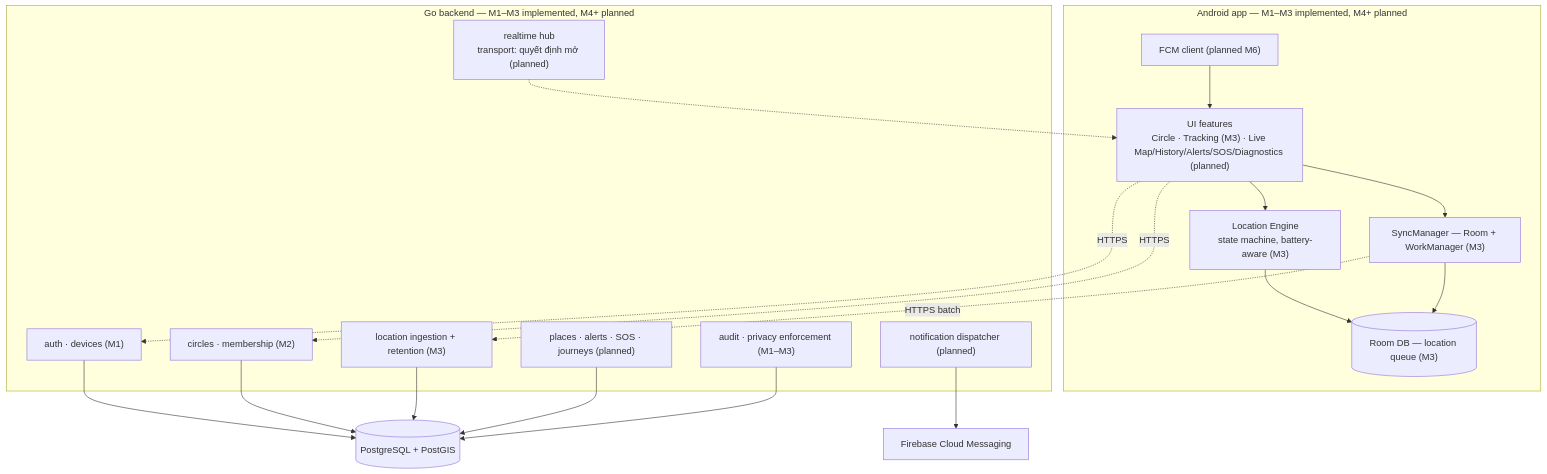
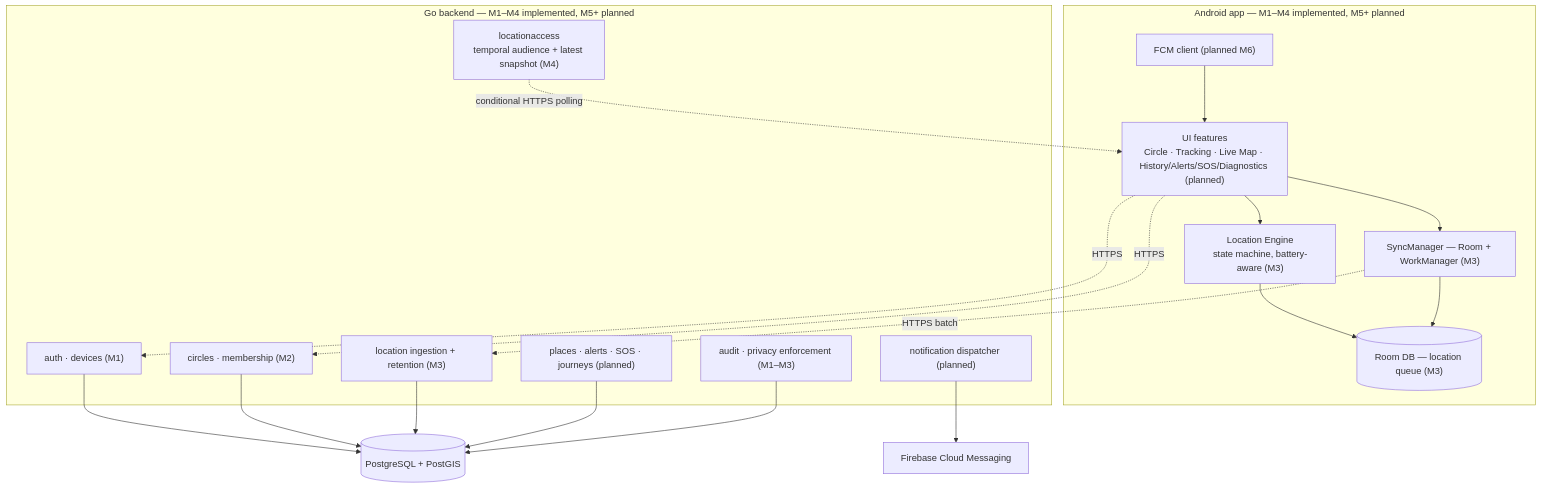
The second of 5 diagrams in docs/architecture/overview.md (QuocDuong16/anve), drawn with Mermaid before and after one commit. The commit also changed other lines of this file and 43 other files, not shown here.

Commit message:
feat(location): add temporal audience authorization and live map

````diff
--- a/docs/architecture/overview.md
+++ b/docs/architecture/overview.md
@@ -38,36 +38,36 @@
 ```mermaid
 flowchart TB
-    subgraph androidT["Android app — M1–M3 implemented, M4+ planned"]
-        UIF["UI features<br/>Circle · Tracking (M3) · Live Map/History/Alerts/SOS/Diagnostics (planned)"]
+    subgraph androidT["Android app — M1–M4 implemented, M5+ planned"]
+        UIF["UI features<br/>Circle · Tracking · Live Map · History/Alerts/SOS/Diagnostics (planned)"]
         LE["Location Engine<br/>state machine, battery-aware (M3)"]
         SYNC["SyncManager — Room + WorkManager (M3)"]
         ROOM[("Room DB — location queue (M3)")]
         FCMC["FCM client (planned M6)"]
     end
-    subgraph serverT["Go backend — M1–M3 implemented, M4+ planned"]
+    subgraph serverT["Go backend — M1–M4 implemented, M5+ planned"]
         AUTH["auth · devices (M1)"]
         CIRC["circles · membership (M2)"]
         ING["location ingestion + retention (M3)"]
-        RT["realtime hub<br/>transport: quyết định mở (planned)"]
+        READ["locationaccess<br/>temporal audience + latest snapshot (M4)"]
         EVT["places · alerts · SOS · journeys (planned)"]
         NOTIF["notification dispatcher (planned)"]
         AUDIT["audit · privacy enforcement (M1–M3)"]
     end
     PG[("PostgreSQL + PostGIS")]
     FCM["Firebase Cloud Messaging"]
     UIF --> LE
     UIF --> SYNC
     LE --> ROOM
     SYNC --> ROOM
     FCMC --> UIF
     SYNC -. "HTTPS batch" .-> ING
     UIF -. "HTTPS" .-> AUTH
     UIF -. "HTTPS" .-> CIRC
-    RT -.-> UIF
+    READ -. "conditional HTTPS polling" .-> UIF
     NOTIF --> FCM
     AUTH --> PG
     CIRC --> PG
     ING --> PG
     EVT --> PG
     AUDIT --> PG
 ```
````
